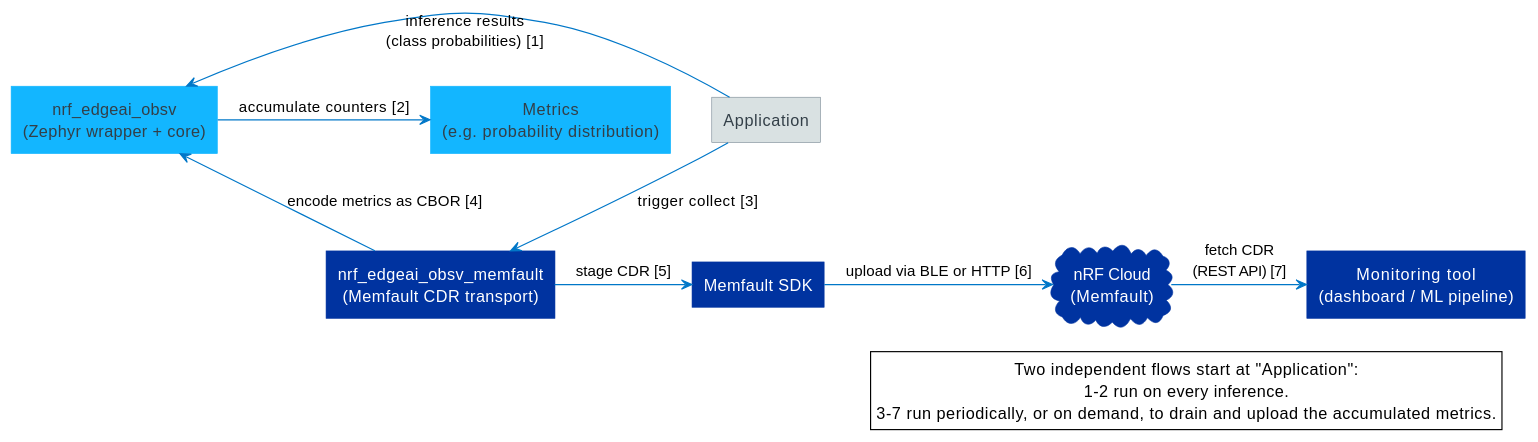
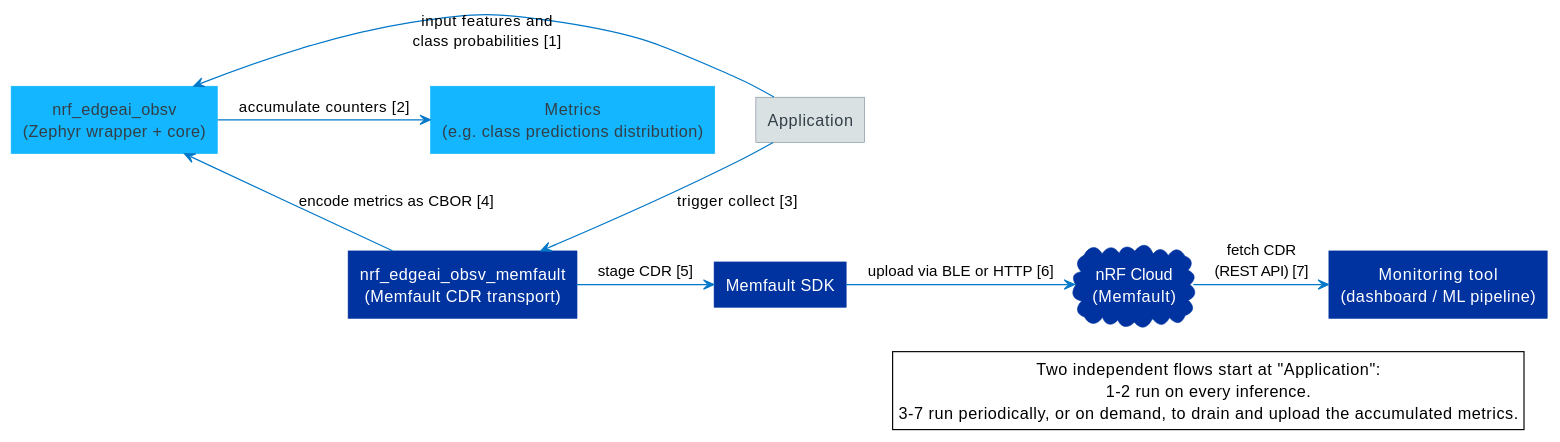
Before and after one commit to nrfconnect/sdk-edge-ai: the first of 3 diagrams in doc/libraries/nrf_edgeai_obsv.rst, drawn with PlantUML. The commit also changed other lines of this file and 49 other files, not shown here.

First line of the commit message:
lib: nrf_edgeai_obsv: metrics protocol v3, no-overwrite collect

```diff
--- a/doc/libraries/nrf_edgeai_obsv.rst
+++ b/doc/libraries/nrf_edgeai_obsv.rst
@@ -35,47 +32,47 @@
 .. uml::
    :caption: High-level data flow from application inference through observability to nRF Cloud and downstream tools.
 
    skinparam shadowing false
    skinparam roundcorner 0
    skinparam backgroundColor #FFFFFF
    skinparam defaultTextAlignment center
    skinparam ArrowColor #0077C8
    skinparam ArrowThickness 1
    skinparam componentStyle rectangle
 
    skinparam component {
      BackgroundColor #13B6FF
      BorderColor #13B6FF
      FontColor #333F48
    }
 
    skinparam cloud {
      BackgroundColor #C1E8FF
      BorderColor #2149C2
      FontColor #333F48
    }
 
    together {
      component "Application" as App #D9E1E2;line:768692;text:333F48
      component "nrf_edgeai_obsv\n(Zephyr wrapper + core)" as Obsv
-     component "Metrics\n(e.g. probability distribution)" as Metrics
+     component "Metrics\n(e.g. class predictions distribution)" as Metrics
    }
 
    component "nrf_edgeai_obsv_memfault\n(Memfault CDR transport)" as MfltTransport #0033A0;line:0033A0;text:FFFFFF
    component "Memfault SDK" as MfltSDK #0033A0;line:0033A0;text:FFFFFF
    cloud "nRF Cloud\n(Memfault)" as Cloud #0033A0;line:0033A0;text:FFFFFF
    component "Monitoring tool\n(dashboard / ML pipeline)" as Dashboard #0033A0;line:0033A0;text:FFFFFF
 
-   App -right-> Obsv : inference results\n(class probabilities) [1]
+   App -right-> Obsv : input features and\nclass probabilities [1]
    Obsv -down-> Metrics : accumulate counters [2]
    App -down-> MfltTransport : trigger collect [3]
    MfltTransport -up-> Obsv : encode metrics as CBOR [4]
    MfltTransport -right-> MfltSDK : stage CDR [5]
    MfltSDK -right-> Cloud : upload via BLE or HTTP [6]
    Cloud -right-> Dashboard : fetch CDR\n(REST API) [7]
 
    legend right
      Two independent flows start at "Application":
      1-2 run on every inference.
      3-7 run periodically, or on demand, to drain and upload the accumulated metrics.
    endlegend
```
